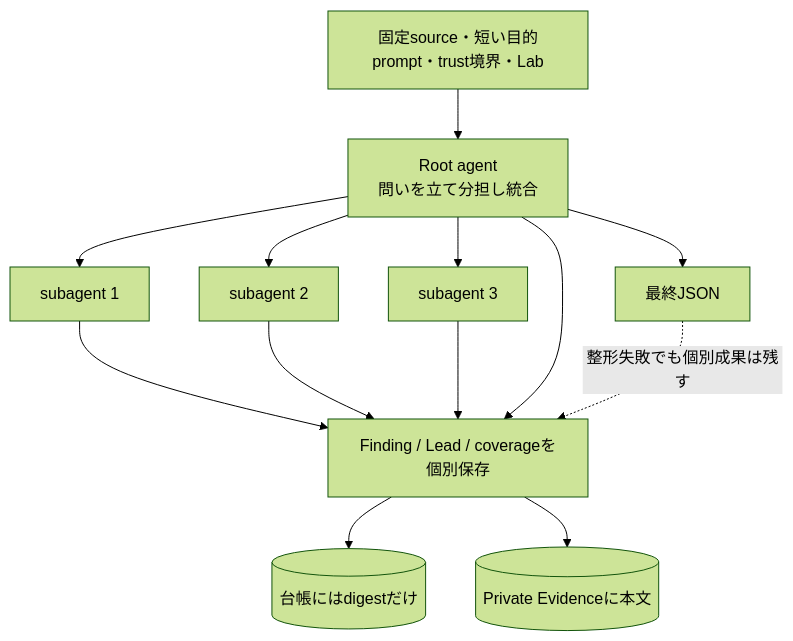
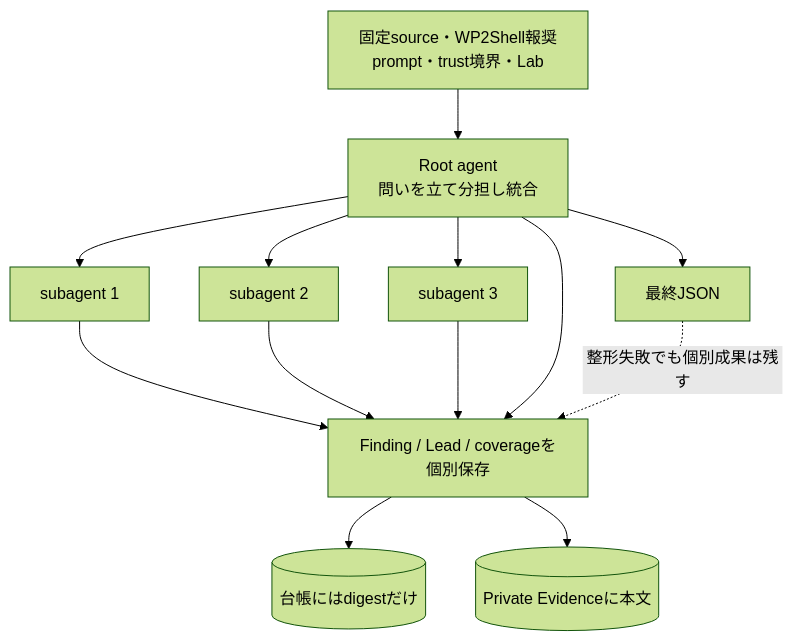
One commit to momoponwork1415-lgtm/wordpress-bounty-harness changed the third of 5 diagrams in docs/ARCHITECTURE.md. Above: the diagram before and after it, drawn with Mermaid (forest theme). The commit also changed 42 other files, not shown here.

````diff
--- a/docs/ARCHITECTURE.md
+++ b/docs/ARCHITECTURE.md
@@ -43,13 +43,13 @@
 ```mermaid
 flowchart TB
-  INPUT[固定source・短い目的prompt・trust境界・Lab] --> ROOT[Root agent<br/>問いを立て分担し統合]
+  INPUT[固定source・WP2Shell報奨prompt・trust境界・Lab] --> ROOT[Root agent<br/>問いを立て分担し統合]
   ROOT --> A[subagent 1]
   ROOT --> B[subagent 2]
   ROOT --> C[subagent 3]
   A & B & C --> RESULTS[Finding / Lead / coverageを個別保存]
   ROOT --> RESULTS
   RESULTS --> LEDGER[(台帳にはdigestだけ)]
   RESULTS --> PRIVATE[(Private Evidenceに本文)]
   ROOT --> FINAL[最終JSON]
   FINAL -.整形失敗でも個別成果は残す.-> RESULTS
 ```
````
